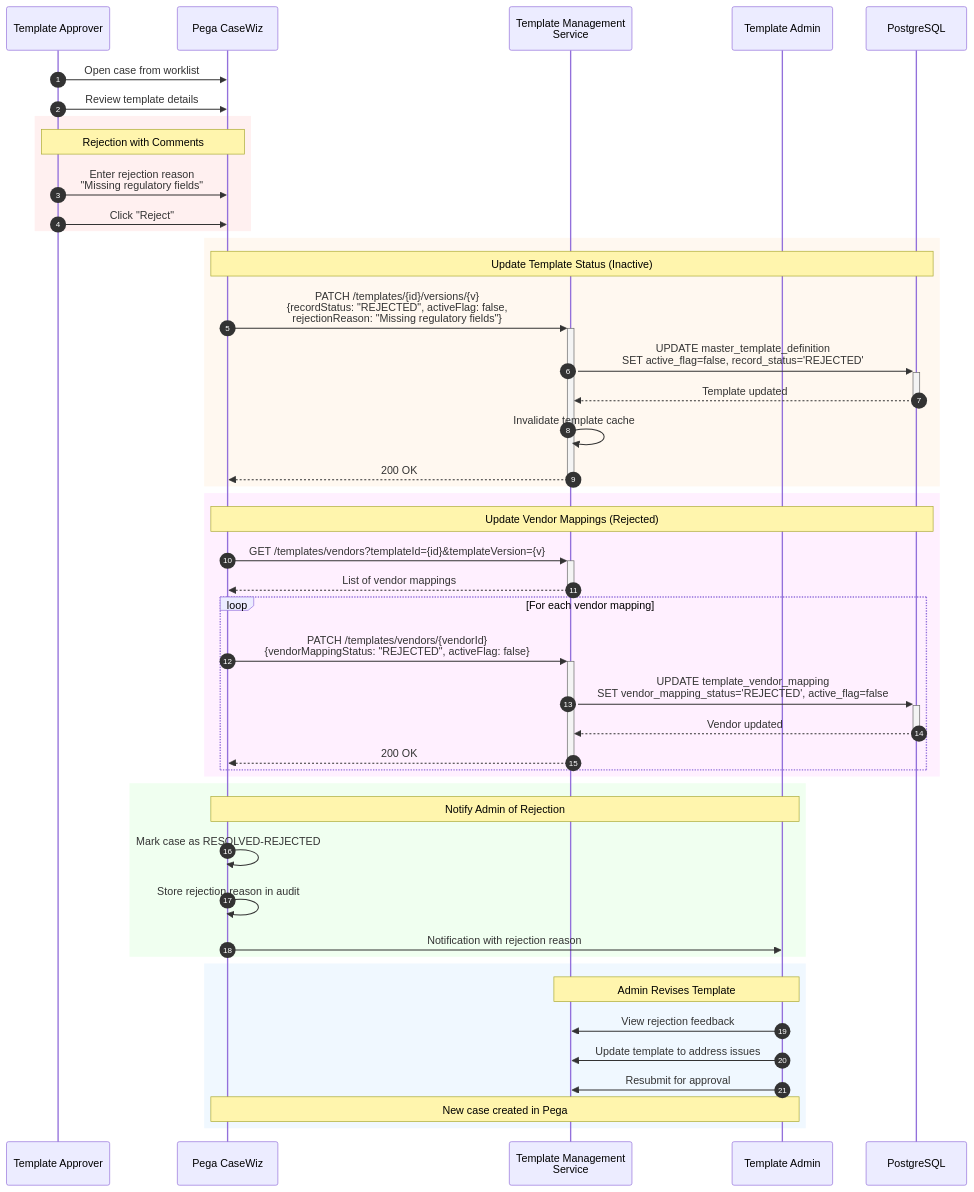
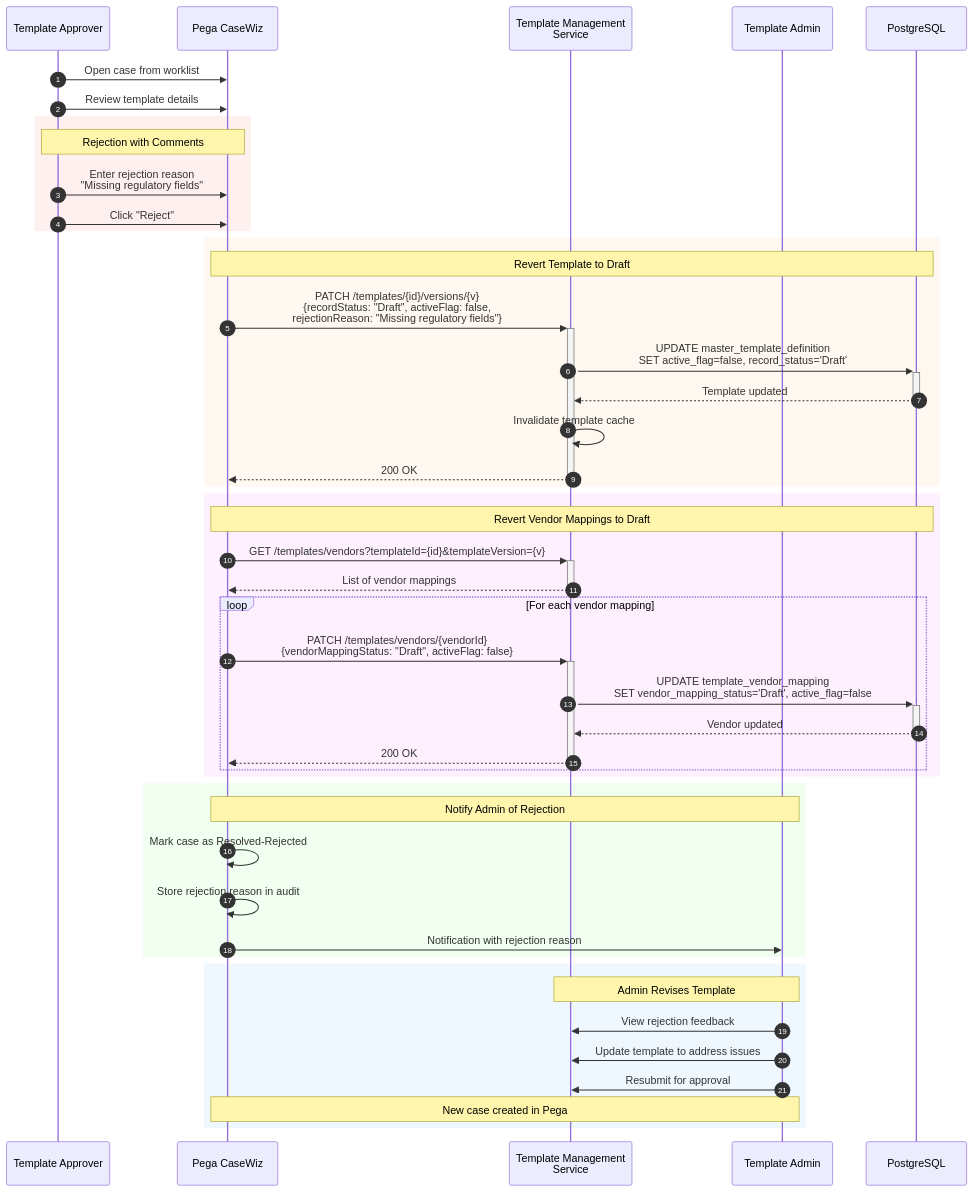
One commit to ghmd86/template-management-service changed the tenth of 11 diagrams in docs/architecture/admin-portal-integration.md. Above: the diagram before and after it, drawn with Mermaid. The commit also changed other lines of this file, not shown here.

First line of the commit message:
Update status values to Draft, Pending, Approved, Archived

````diff
--- a/docs/architecture/admin-portal-integration.md
+++ b/docs/architecture/admin-portal-integration.md
@@ -483,55 +489,55 @@
 ```mermaid
 sequenceDiagram
     autonumber
     participant Approver as Template Approver
     participant Pega as Pega CaseWiz
     participant TMS as Template Management<br/>Service
     participant Admin as Template Admin
     participant DB as PostgreSQL
 
     Approver->>Pega: Open case from worklist
     Approver->>Pega: Review template details
 
     rect rgb(255, 240, 240)
         Note over Approver,Pega: Rejection with Comments
         Approver->>Pega: Enter rejection reason<br/>"Missing regulatory fields"
         Approver->>Pega: Click "Reject"
     end
 
     rect rgb(255, 248, 240)
-        Note over Pega,DB: Update Template Status (Inactive)
-        Pega->>+TMS: PATCH /templates/{id}/versions/{v}<br/>{recordStatus: "REJECTED", activeFlag: false,<br/>rejectionReason: "Missing regulatory fields"}
-        TMS->>+DB: UPDATE master_template_definition<br/>SET active_flag=false, record_status='REJECTED'
+        Note over Pega,DB: Revert Template to Draft
+        Pega->>+TMS: PATCH /templates/{id}/versions/{v}<br/>{recordStatus: "Draft", activeFlag: false,<br/>rejectionReason: "Missing regulatory fields"}
+        TMS->>+DB: UPDATE master_template_definition<br/>SET active_flag=false, record_status='Draft'
         DB-->>-TMS: Template updated
         TMS->>TMS: Invalidate template cache
         TMS-->>-Pega: 200 OK
     end
 
     rect rgb(255, 240, 255)
-        Note over Pega,DB: Update Vendor Mappings (Rejected)
+        Note over Pega,DB: Revert Vendor Mappings to Draft
         Pega->>+TMS: GET /templates/vendors?templateId={id}&templateVersion={v}
         TMS-->>-Pega: List of vendor mappings
 
         loop For each vendor mapping
-            Pega->>+TMS: PATCH /templates/vendors/{vendorId}<br/>{vendorMappingStatus: "REJECTED", activeFlag: false}
-            TMS->>+DB: UPDATE template_vendor_mapping<br/>SET vendor_mapping_status='REJECTED', active_flag=false
+            Pega->>+TMS: PATCH /templates/vendors/{vendorId}<br/>{vendorMappingStatus: "Draft", activeFlag: false}
+            TMS->>+DB: UPDATE template_vendor_mapping<br/>SET vendor_mapping_status='Draft', active_flag=false
             DB-->>-TMS: Vendor updated
             TMS-->>-Pega: 200 OK
         end
     end
 
     rect rgb(240, 255, 240)
         Note over Pega,Admin: Notify Admin of Rejection
-        Pega->>Pega: Mark case as RESOLVED-REJECTED
+        Pega->>Pega: Mark case as Resolved-Rejected
         Pega->>Pega: Store rejection reason in audit
         Pega->>Admin: Notification with rejection reason
     end
 
     rect rgb(240, 248, 255)
         Note over Admin,TMS: Admin Revises Template
         Admin->>TMS: View rejection feedback
         Admin->>TMS: Update template to address issues
         Admin->>TMS: Resubmit for approval
         Note over Admin,Pega: New case created in Pega
     end
 ```
````
